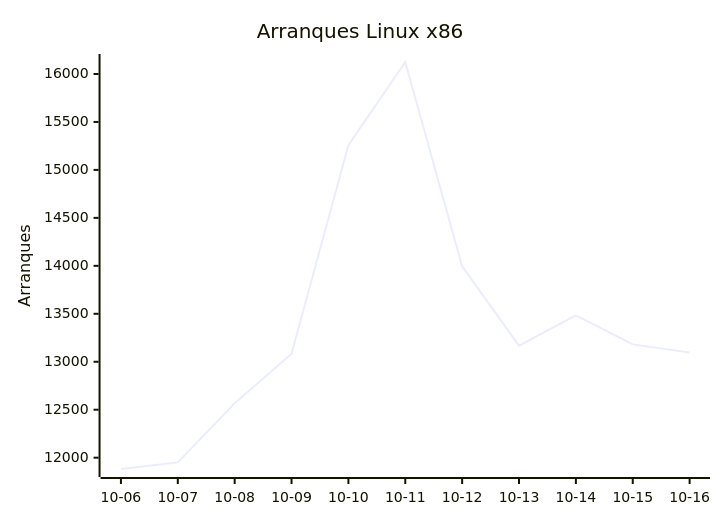
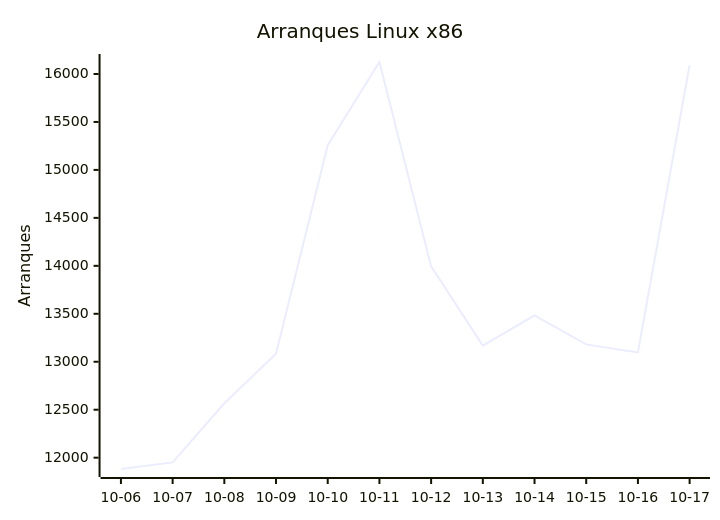
The first of 8 diagrams in README.md (EmuDeck/stats), drawn with Mermaid before and after one commit. The commit also changed other lines of this file and 2 other files, not shown here.

````diff
--- a/README.md
+++ b/README.md
@@ -18,7 +18,7 @@
 ```mermaid
 xychart-beta
     title "Arranques Linux x86"
-    x-axis ["10-06", "10-07", "10-08", "10-09", "10-10", "10-11", "10-12", "10-13", "10-14", "10-15", "10-16"]
+    x-axis ["10-06", "10-07", "10-08", "10-09", "10-10", "10-11", "10-12", "10-13", "10-14", "10-15", "10-16", "10-17"]
     y-axis "Arranques"
-    line [11882, 11951, 12567, 13083, 15258, 16125, 13994, 13168, 13483, 13181, 13097]
+    line [11882, 11951, 12567, 13083, 15258, 16125, 13994, 13168, 13483, 13181, 13097, 16093]
 ```
````
